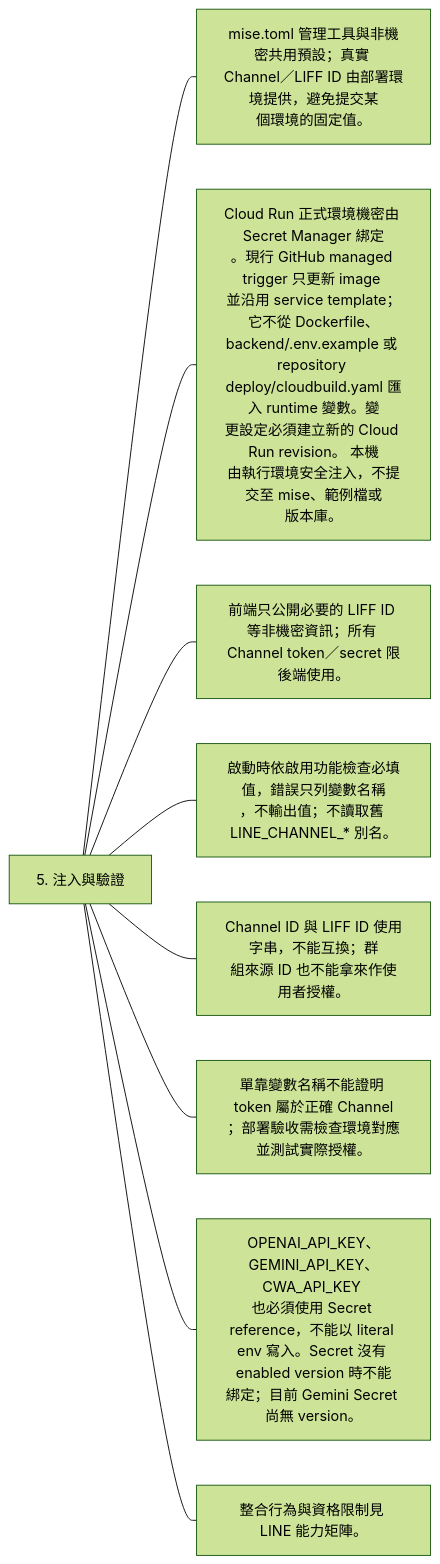
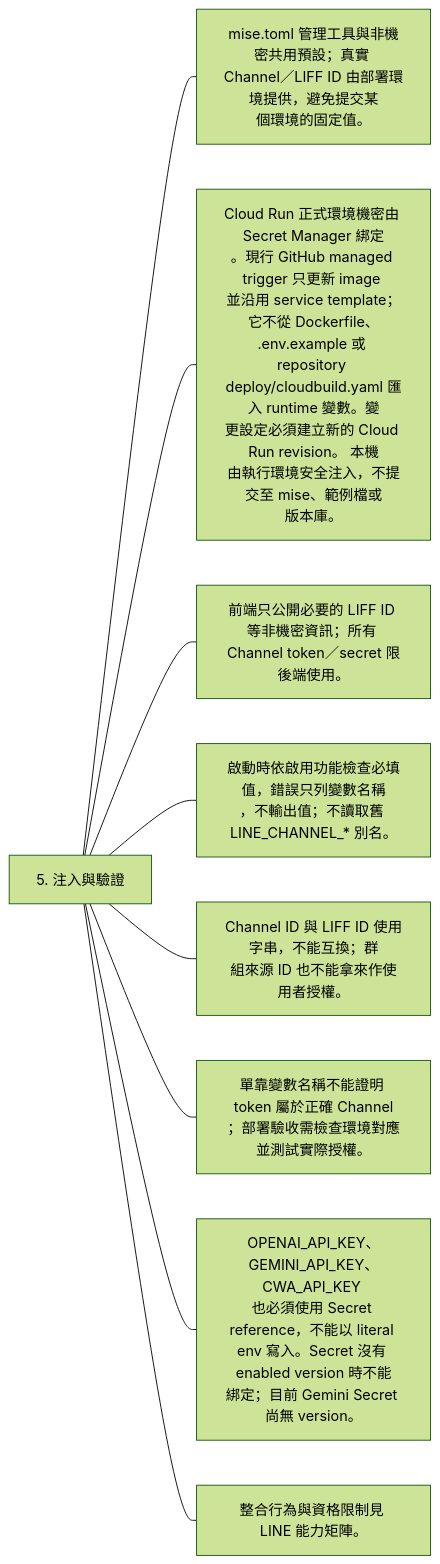
Before and after one commit to 963sup/line-mini-app-bot: the ninth of 9 diagrams in docs/architecture/integrations/line-environment.md, drawn with Mermaid (forest theme). The commit also changed other lines of this file and 18 other files, not shown here.

````diff
--- a/docs/architecture/integrations/line-environment.md
+++ b/docs/architecture/integrations/line-environment.md
@@ -81,13 +81,13 @@
 ```mermaid
 flowchart LR
   h["5. 注入與驗證"]
   h --- n0["mise.toml 管理工具與非機密共用預設；真實 <br/>Channel／LIFF ID 由部署環境提供，避免提交某<br/>個環境的固定值。"]
-  h --- n1["Cloud Run 正式環境機密由 Secret Manager 綁定<br/>。現行 GitHub managed trigger 只更新 image <br/>並沿用 service template；它不從 Dockerfile、<br/>backend/.env.example 或 repository <br/>deploy/cloudbuild.yaml 匯入 runtime 變數。變<br/>更設定必須建立新的 Cloud Run revision。 本機<br/>由執行環境安全注入，不提交至 mise、範例檔或<br/>版本庫。"]
+  h --- n1["Cloud Run 正式環境機密由 Secret Manager 綁定<br/>。現行 GitHub managed trigger 只更新 image <br/>並沿用 service template；它不從 Dockerfile、<br/>.env.example 或 repository <br/>deploy/cloudbuild.yaml 匯入 runtime 變數。變<br/>更設定必須建立新的 Cloud Run revision。 本機<br/>由執行環境安全注入，不提交至 mise、範例檔或<br/>版本庫。"]
   h --- n2["前端只公開必要的 LIFF ID 等非機密資訊；所有 <br/>Channel token／secret 限後端使用。"]
   h --- n3["啟動時依啟用功能檢查必填值，錯誤只列變數名稱<br/>，不輸出值；不讀取舊 LINE_CHANNEL_* 別名。"]
   h --- n4["Channel ID 與 LIFF ID 使用字串，不能互換；群<br/>組來源 ID 也不能拿來作使用者授權。"]
   h --- n5["單靠變數名稱不能證明 token 屬於正確 Channel<br/>；部署驗收需檢查環境對應並測試實際授權。"]
   h --- n6["OPENAI_API_KEY、GEMINI_API_KEY、CWA_API_KEY <br/>也必須使用 Secret reference，不能以 literal <br/>env 寫入。Secret 沒有 enabled version 時不能<br/>綁定；目前 Gemini Secret 尚無 version。"]
   h --- n7["整合行為與資格限制見 LINE 能力矩陣。"]
   click n7 "line.md"
 ```
````
